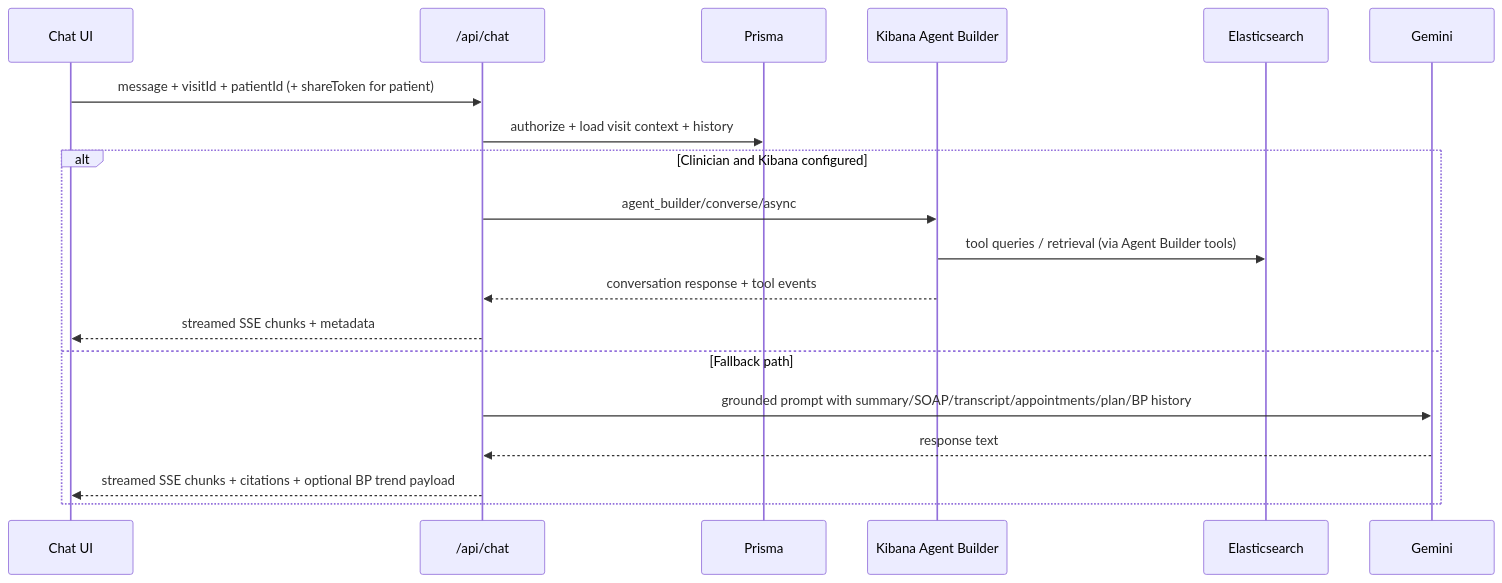
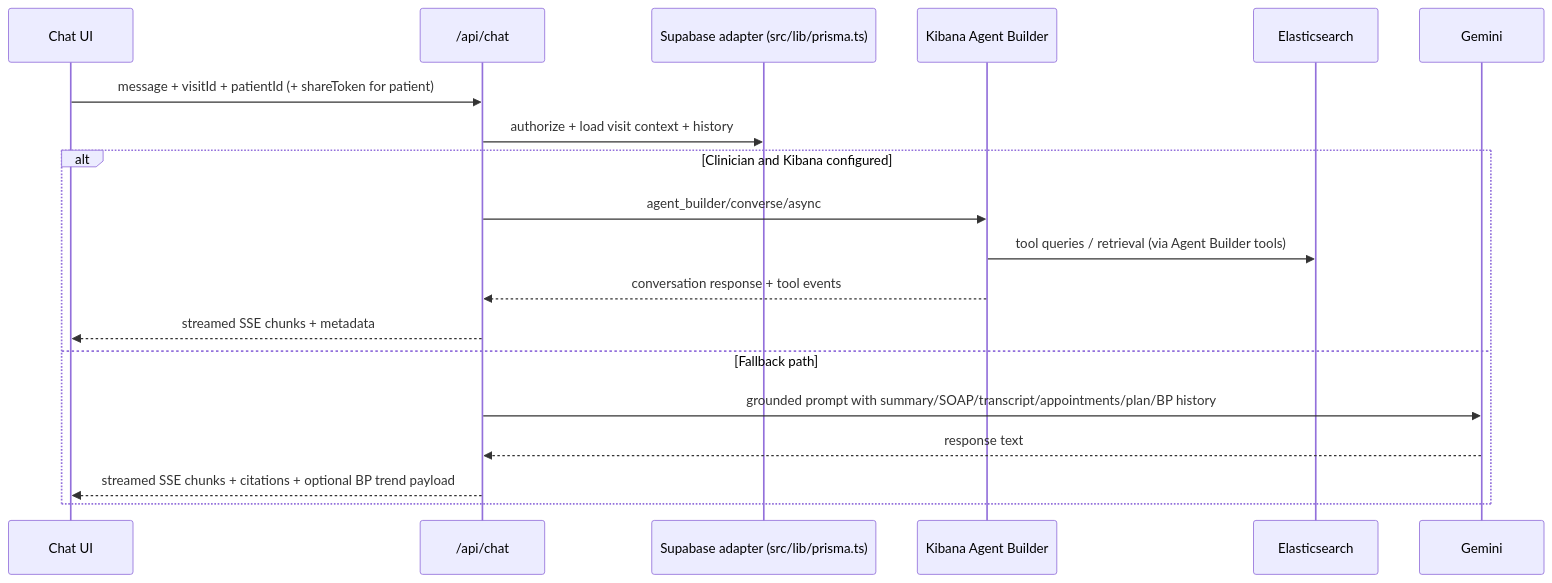
The third of 5 diagrams in README.md (Manoj7ar/Synth), drawn with Mermaid before and after one commit. The commit also changed other lines of this file and 1 other file, not shown here.

Commit message:
Update docs for Supabase runtime backend migration

````diff
--- a/README.md
+++ b/README.md
@@ -126,23 +126,23 @@
 ```mermaid
 sequenceDiagram
   participant UI as Chat UI
   participant API as /api/chat
-  participant DB as Prisma
+  participant DB as Supabase adapter (src/lib/prisma.ts)
   participant KB as Kibana Agent Builder
   participant ES as Elasticsearch
   participant G as Gemini
 
   UI->>API: message + visitId + patientId (+ shareToken for patient)
   API->>DB: authorize + load visit context + history
 
   alt Clinician and Kibana configured
     API->>KB: agent_builder/converse/async
     KB->>ES: tool queries / retrieval (via Agent Builder tools)
     KB-->>API: conversation response + tool events
     API-->>UI: streamed SSE chunks + metadata
   else Fallback path
     API->>G: grounded prompt with summary/SOAP/transcript/appointments/plan/BP history
     G-->>API: response text
     API-->>UI: streamed SSE chunks + citations + optional BP trend payload
   end
 ```
````
